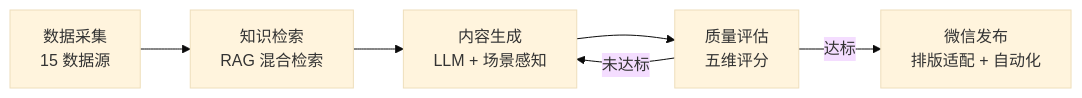
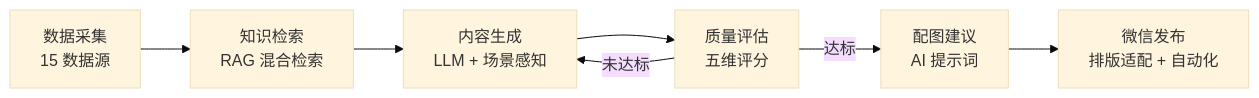
Before and after one commit to tonylyles/smart-content-creator: the diagram in README.md, drawn with Mermaid (base theme). The commit also changed other lines of this file, not shown here.

````diff
--- a/README.md
+++ b/README.md
@@ -51,8 +61,9 @@
 ```mermaid
 flowchart LR
     A[数据采集<br/>15 数据源] --> B[知识检索<br/>RAG 混合检索]
     B --> C[内容生成<br/>LLM + 场景感知]
     C --> D[质量评估<br/>五维评分]
     D -->|未达标| C
-    D -->|达标| E[微信发布<br/>排版适配 + 自动化]
+    D -->|达标| E[配图建议<br/>AI 提示词]
+    E --> F[微信发布<br/>排版适配 + 自动化]
 ```
````
